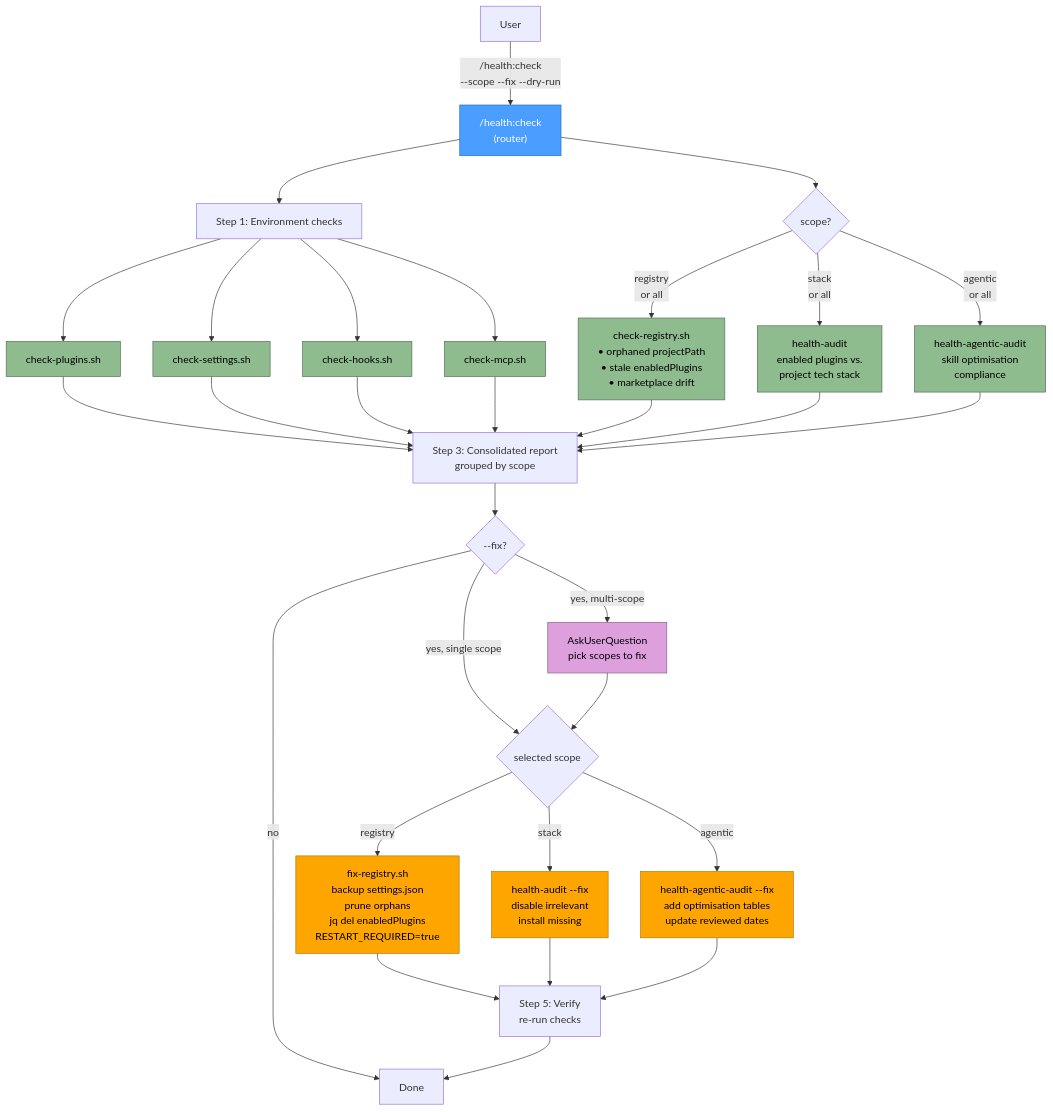
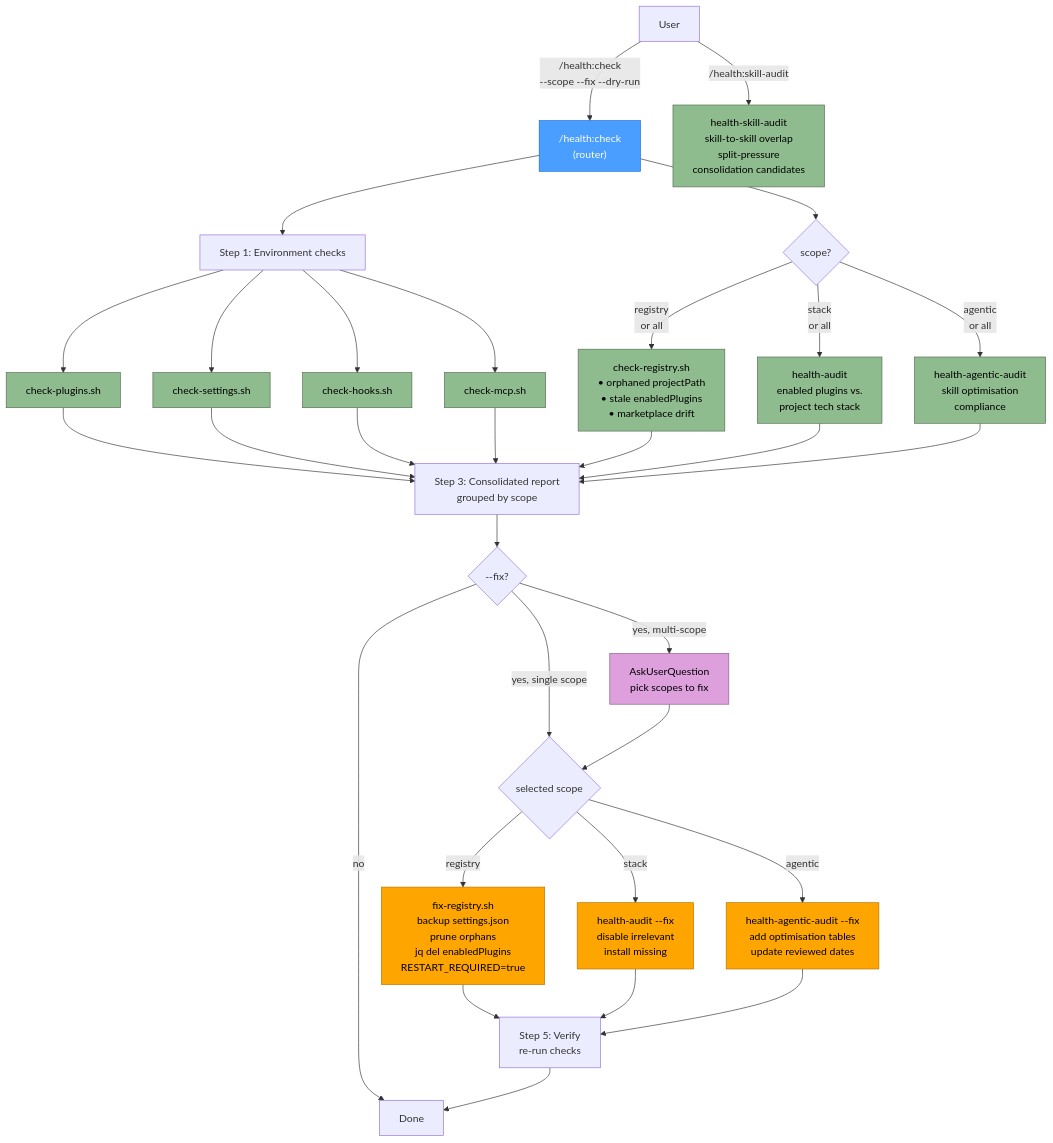
One commit to laurigates/claude-plugins changed the diagram in health-plugin/docs/flow.md. Above: the diagram before and after it, drawn with Mermaid. The commit also changed other lines of this file and 4 other files, not shown here.

First line of the commit message:
feat(health-plugin): add skill-audit

````diff
--- a/health-plugin/docs/flow.md
+++ b/health-plugin/docs/flow.md
@@ -3,40 +3,41 @@
 ```mermaid
 flowchart TD
     U[User] -->|/health:check<br/>--scope --fix --dry-run| R["/health:check<br/>(router)"]
+    U -->|/health:skill-audit| SA[health-skill-audit<br/>skill-to-skill overlap<br/>split-pressure<br/>consolidation candidates]
 
     R --> ENV[Step 1: Environment checks]
     ENV --> CP[check-plugins.sh]
     ENV --> CS[check-settings.sh]
     ENV --> CH[check-hooks.sh]
     ENV --> CM[check-mcp.sh]
 
     R --> SCOPE{scope?}
     SCOPE -->|registry<br/>or all| REG[check-registry.sh<br/>• orphaned projectPath<br/>• stale enabledPlugins<br/>• marketplace drift]
     SCOPE -->|stack<br/>or all| STK[health-audit<br/>enabled plugins vs.<br/>project tech stack]
     SCOPE -->|agentic<br/>or all| AGT[health-agentic-audit<br/>skill optimisation<br/>compliance]
 
     CP & CS & CH & CM & REG & STK & AGT --> RPT[Step 3: Consolidated report<br/>grouped by scope]
 
     RPT --> FIX{--fix?}
     FIX -->|no| DONE[Done]
     FIX -->|yes, multi-scope| ASK[AskUserQuestion<br/>pick scopes to fix]
     FIX -->|yes, single scope| DELEGATE
     ASK --> DELEGATE{selected scope}
 
     DELEGATE -->|registry| FR[fix-registry.sh<br/>backup settings.json<br/>prune orphans<br/>jq del enabledPlugins<br/>RESTART_REQUIRED=true]
     DELEGATE -->|stack| FS[health-audit --fix<br/>disable irrelevant<br/>install missing]
     DELEGATE -->|agentic| FA[health-agentic-audit --fix<br/>add optimisation tables<br/>update reviewed dates]
 
     FR & FS & FA --> VER[Step 5: Verify<br/>re-run checks]
     VER --> DONE
 
     classDef router fill:#4a9eff,stroke:#1a6ecc,color:#fff
     classDef check fill:#8fbc8f,stroke:#556b55,color:#000
     classDef fix fill:#ffa500,stroke:#b37400,color:#000
     classDef prompt fill:#dda0dd,stroke:#8b5a8b,color:#000
 
     class R router
-    class CP,CS,CH,CM,REG,STK,AGT check
+    class CP,CS,CH,CM,REG,STK,AGT,SA check
     class FR,FS,FA fix
     class ASK prompt
 ```
````
